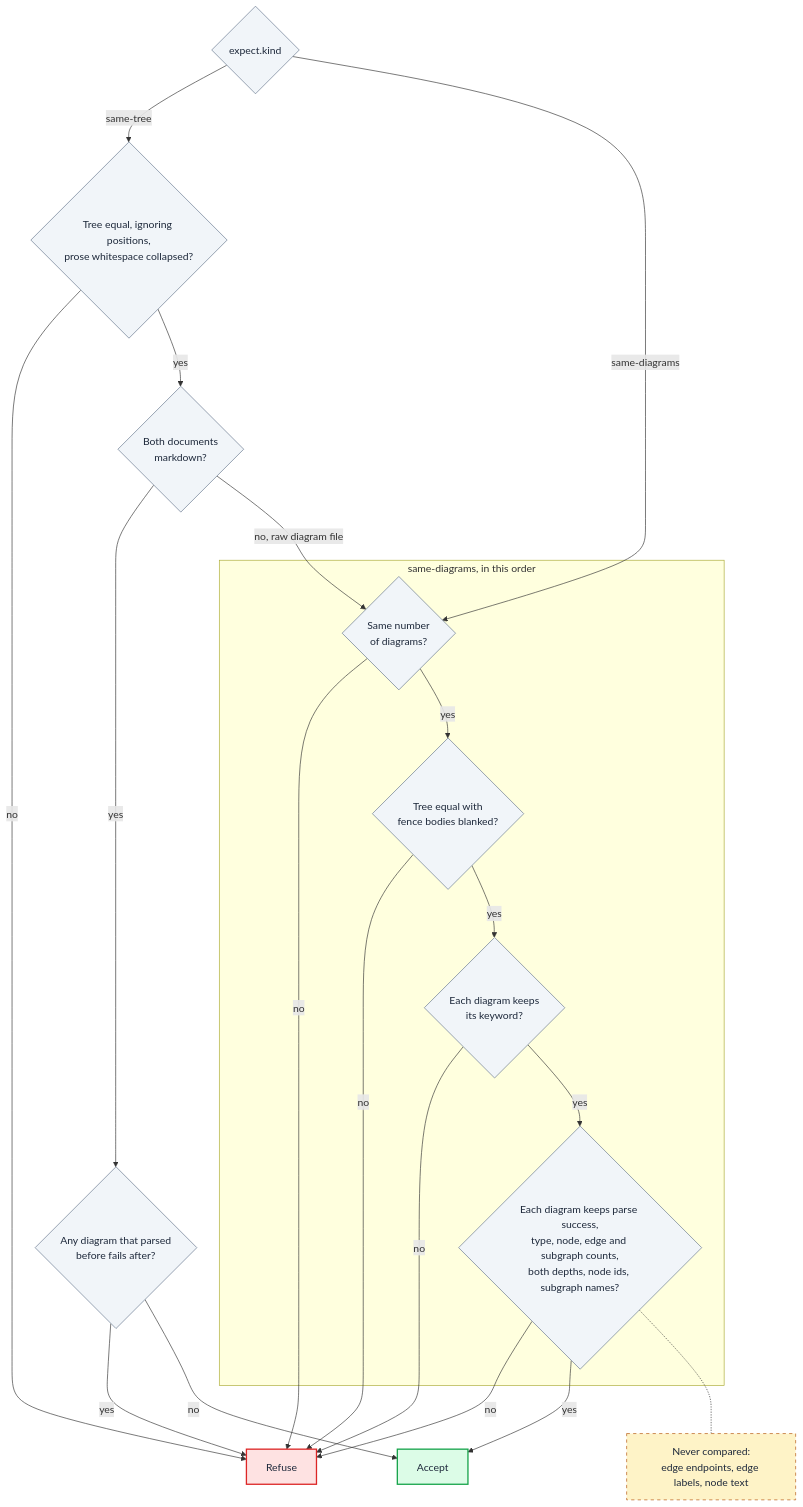
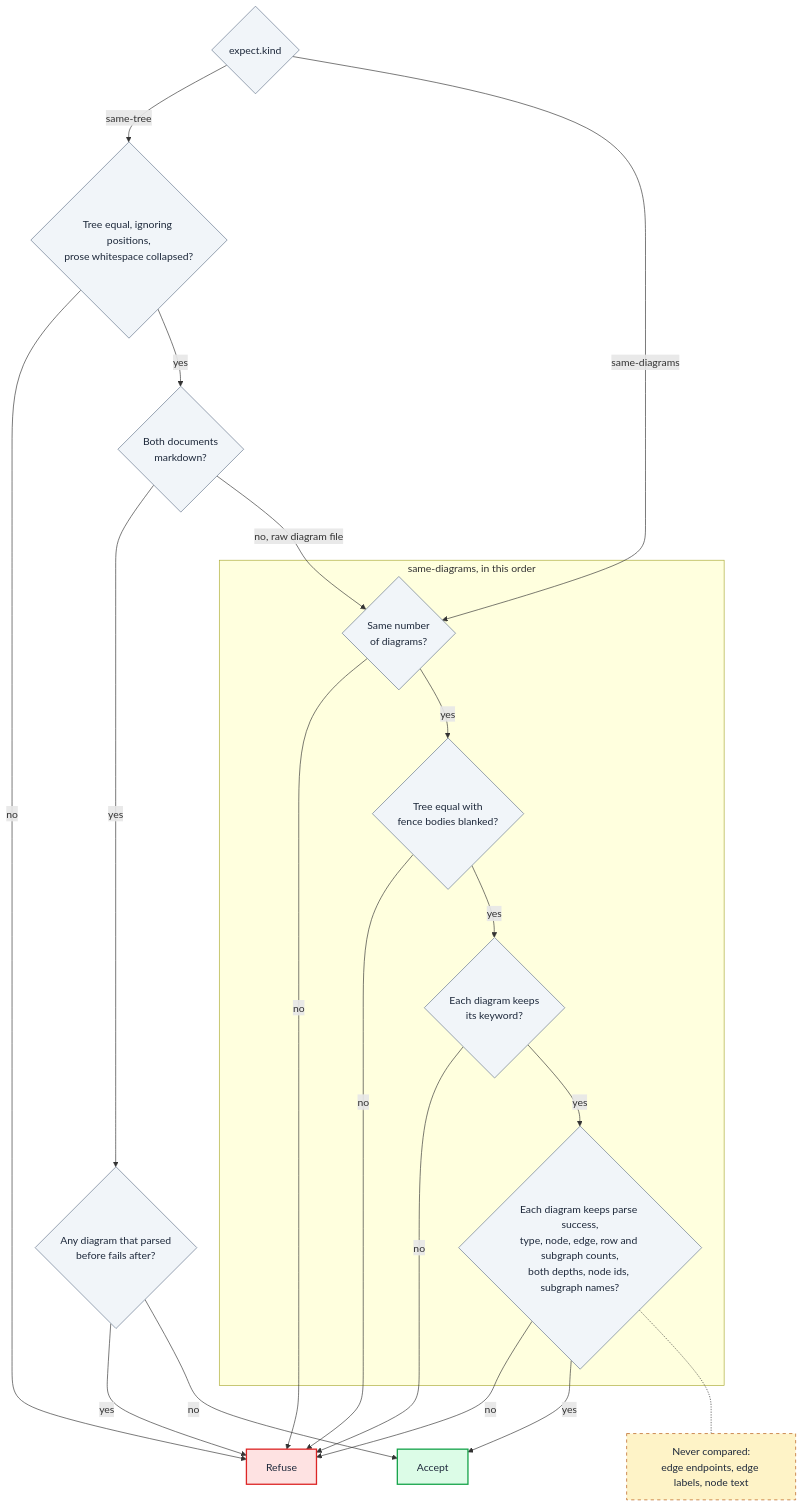
Before and after one commit to jpeakai/jpai-mermaidjs-lint: diagram 11 of 15 in docs/ARCHITECTURE.md, drawn with Mermaid. The commit also changed other lines of this file and 27 other files, not shown here.

First line of the commit message:
Count what a reader must read in sequence, state, entity and class diagrams

````diff
--- a/docs/ARCHITECTURE.md
+++ b/docs/ARCHITECTURE.md
@@ -507,43 +503,43 @@
 ```mermaid
 flowchart TB
     K{"expect.kind"}
     T{"Tree equal, ignoring positions,<br/>prose whitespace collapsed?"}
     MD{"Both documents<br/>markdown?"}
     BP{"Any diagram that parsed<br/>before fails after?"}
     subgraph SD["same-diagrams, in this order"]
         N{"Same number<br/>of diagrams?"}
         TB{"Tree equal with<br/>fence bodies blanked?"}
         KW{"Each diagram keeps<br/>its keyword?"}
-        SH{"Each diagram keeps parse success,<br/>type, node, edge and subgraph counts,<br/>both depths, node ids, subgraph names?"}
+        SH{"Each diagram keeps parse success,<br/>type, node, edge, row and subgraph counts,<br/>both depths, node ids, subgraph names?"}
     end
     NOT["Never compared:<br/>edge endpoints, edge labels, node text"]
     R["Refuse"]
     A["Accept"]
 
     K -->|same-tree| T
     T -->|no| R
     T -->|yes| MD
     MD -->|yes| BP
     BP -->|yes| R
     BP -->|no| A
     MD -->|"no, raw diagram file"| N
     K -->|same-diagrams| N
     N -->|no| R
     N -->|yes| TB
     TB -->|no| R
     TB -->|yes| KW
     KW -->|no| R
     KW -->|yes| SH
     SH -->|no| R
     SH -->|yes| A
     SH -.- NOT
 
     classDef gate fill:#f1f5f9,stroke:#64748b,color:#1e293b,stroke-width:1px
     classDef refuse fill:#fee2e2,stroke:#dc2626,color:#1e293b,stroke-width:2px
     classDef accept fill:#dcfce7,stroke:#16a34a,color:#1e293b,stroke-width:2px
     classDef note fill:#fef3c7,stroke:#b45309,color:#1e293b,stroke-width:1px,stroke-dasharray:5 5
     class K,T,MD,BP,N,TB,KW,SH gate
     class R refuse
     class A accept
     class NOT note
 ```
````
